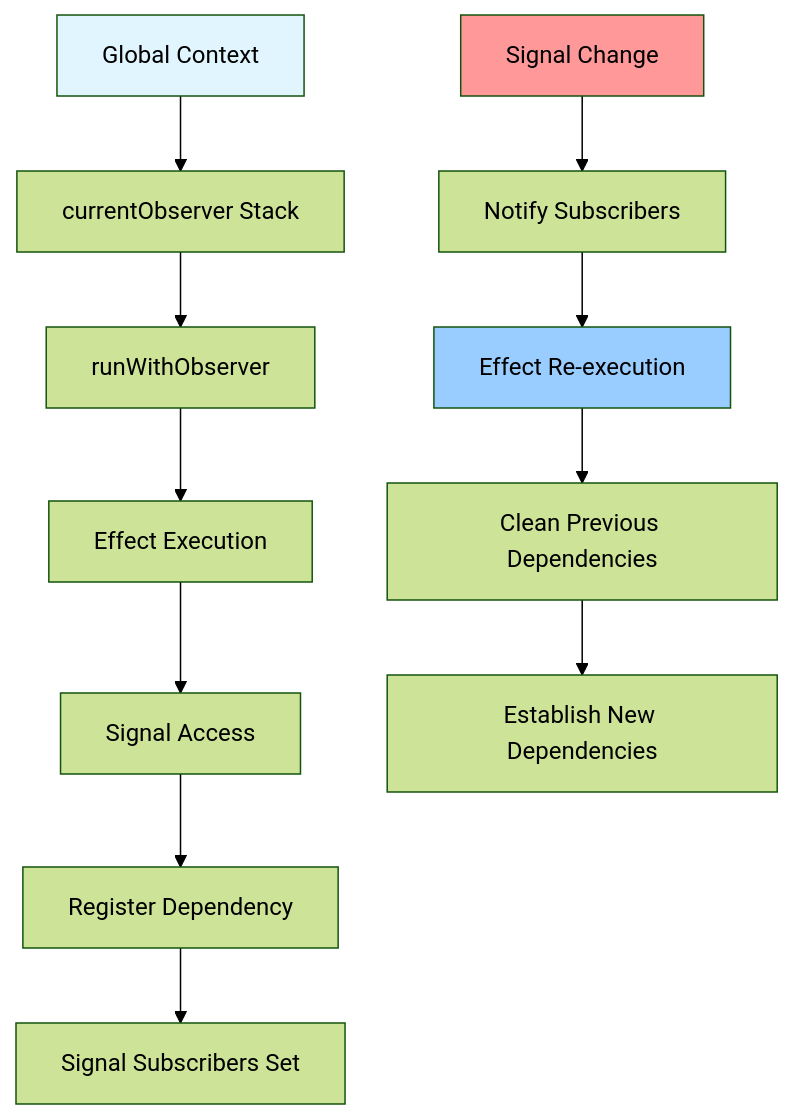
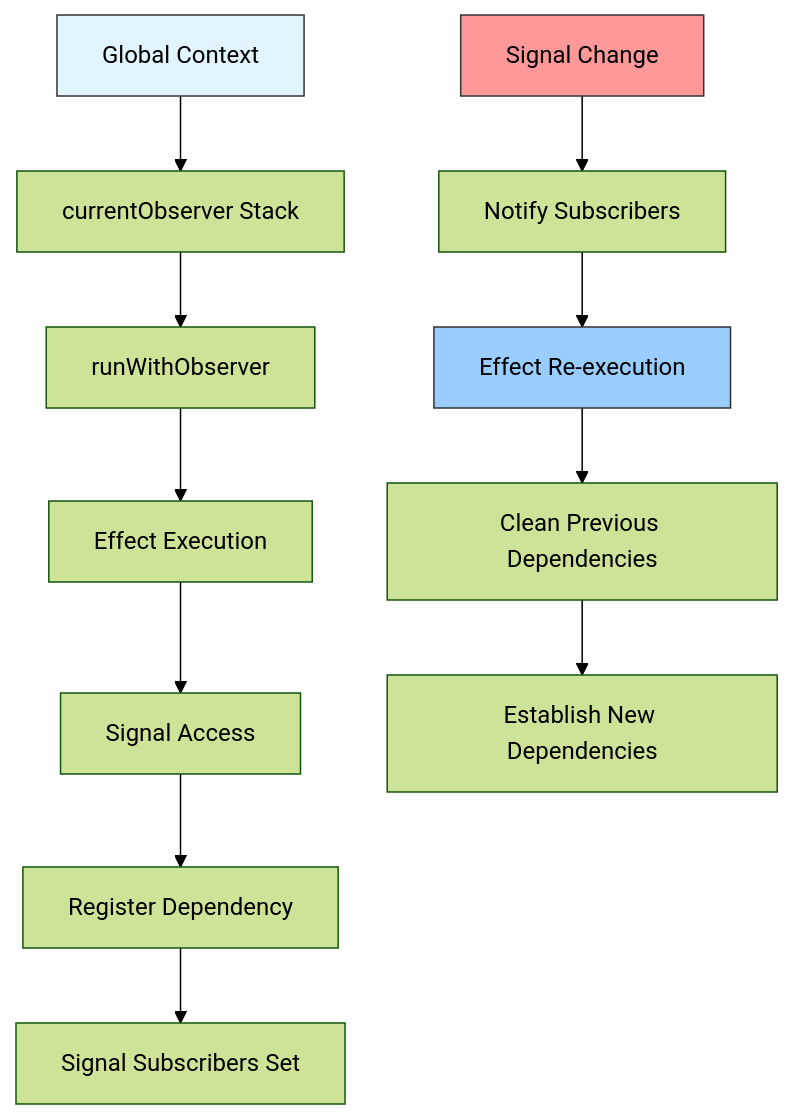
One commit to sujeet-pro/reactivity changed diagram 11 of 18 in README.md. Above: the diagram before and after it, drawn with Mermaid (forest theme). The commit also changed other lines of this file and 4 other files, not shown here.

````diff
--- a/README.md
+++ b/README.md
@@ -520,18 +554,18 @@
 ```mermaid
 graph TD
     A[Global Context] --> B[currentObserver Stack]
     B --> C[runWithObserver]
     C --> D[Effect Execution]
     D --> E[Signal Access]
     E --> F[Register Dependency]
     F --> G[Signal Subscribers Set]
     
     H[Signal Change] --> I[Notify Subscribers]
     I --> J[Effect Re-execution]
     J --> K[Clean Previous Dependencies]
     K --> L[Establish New Dependencies]
     
-    style A fill:#e1f5fe
-    style H fill:#ff9999
-    style J fill:#99ccff
+    style A fill:#e1f5fe,stroke:#333,color:#000
+    style H fill:#ff9999,stroke:#333,color:#000
+    style J fill:#99ccff,stroke:#333,color:#000
 ```
````
